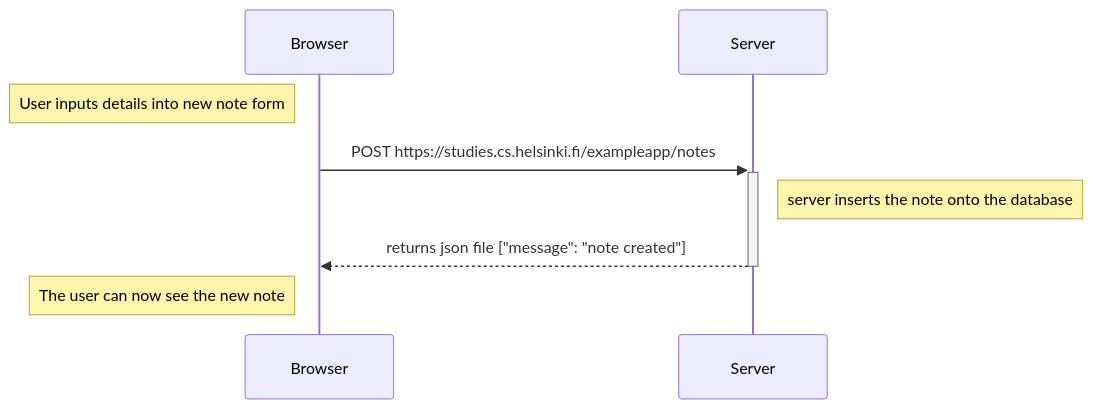
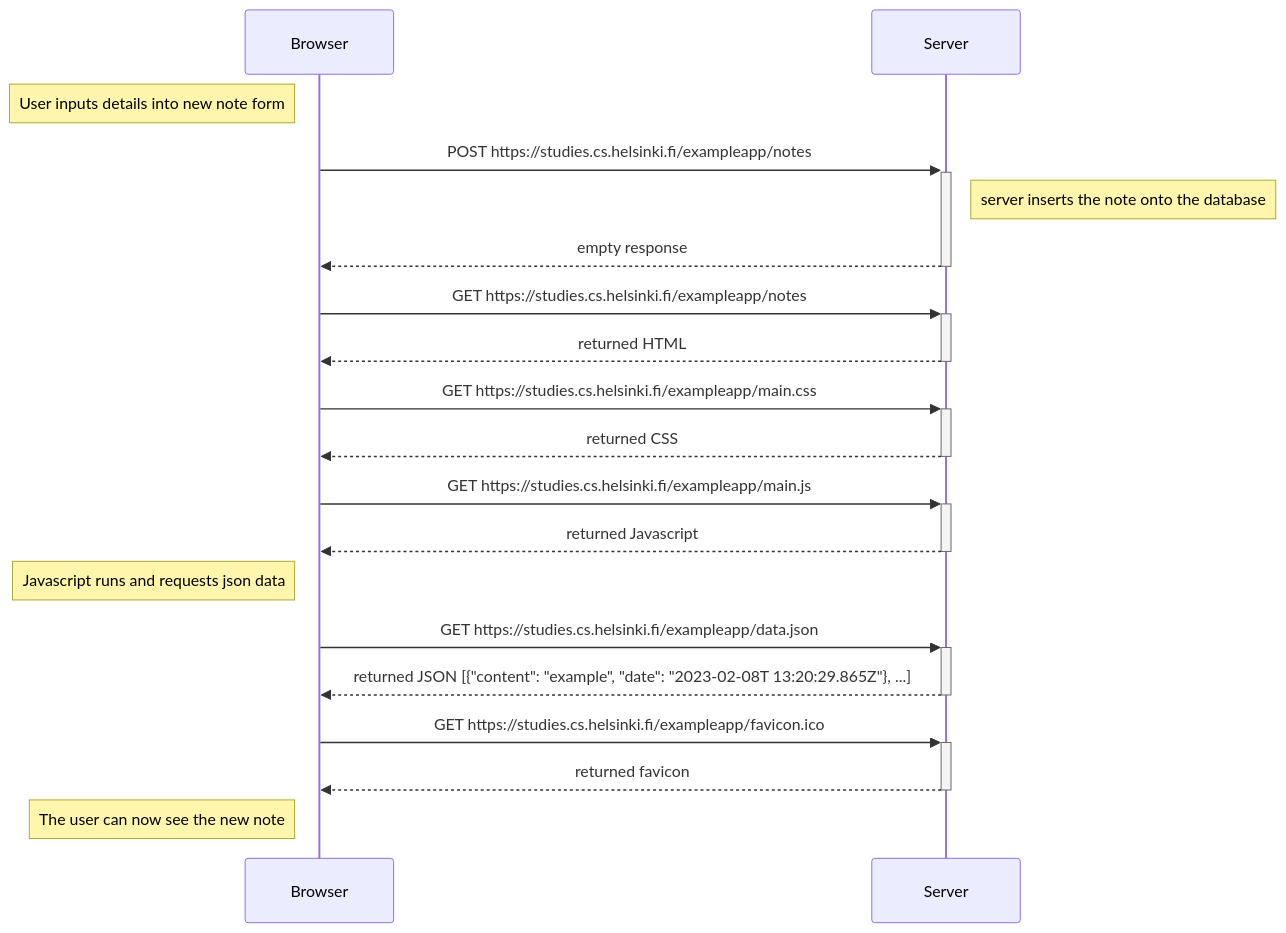
The diagram in 0.4.md (RobertWatkin/Full-Stack-Open-P0), drawn with Mermaid before and after one commit.

````diff
--- a/0.4.md
+++ b/0.4.md
@@ -3,13 +3,30 @@
 ```mermaid
 sequenceDiagram
     note left of Browser: User inputs details into new note form
 
     Browser->>+Server: POST https://studies.cs.helsinki.fi/exampleapp/notes
     
     note right of Server: server inserts the note onto the database
     
-    Server-->>-Browser: returns json file ["message": "note created"]
+    Server-->>-Browser: empty response
+    
+    Browser->>+Server: GET https://studies.cs.helsinki.fi/exampleapp/notes
+    Server-->>-Browser: returned HTML
+    
+    Browser->>+Server: GET https://studies.cs.helsinki.fi/exampleapp/main.css
+    Server-->>-Browser: returned CSS
+    
+        Browser->>+Server: GET https://studies.cs.helsinki.fi/exampleapp/main.js
+    Server-->>-Browser: returned Javascript
+    
+    note left of Browser: Javascript runs and requests json data
+    
+    Browser->>+Server: GET https://studies.cs.helsinki.fi/exampleapp/data.json
+    Server-->>-Browser: returned JSON [{"content": "example", "date": "2023-02-08T 13:20:29.865Z"}, ...]
+
+    Browser->>+Server: GET https://studies.cs.helsinki.fi/exampleapp/favicon.ico
+    Server-->>-Browser: returned favicon
 
     note left of Browser: The user can now see the new note
   
 ```
````
